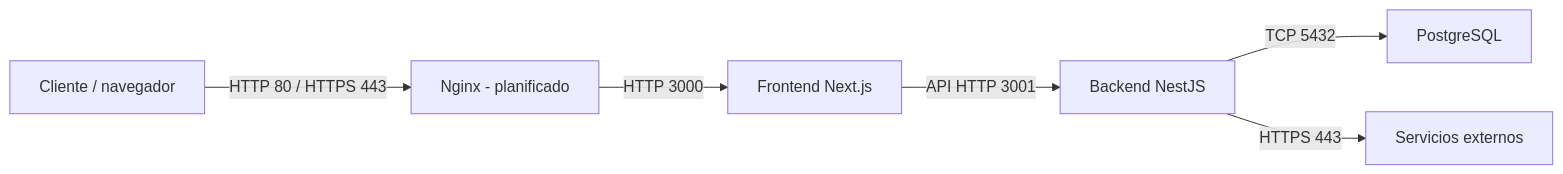
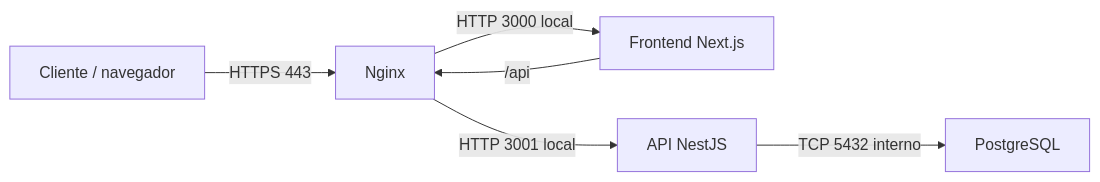
One commit to marilenebntz/jeroky-arqweb-tp changed the diagram in README.md. Above: the diagram before and after it, drawn with Mermaid. The commit also changed other lines of this file and 24 other files, not shown here.

````diff
--- a/README.md
+++ b/README.md
@@ -20,8 +23,8 @@
 ```mermaid
 flowchart LR
-    C["Cliente / navegador"] -->|HTTP 80 / HTTPS 443| P["Nginx - planificado"]
-    P -->|HTTP 3000| F["Frontend Next.js"]
-    F -->|API HTTP 3001| B["Backend NestJS"]
-    B -->|TCP 5432| D["PostgreSQL"]
-    B -->|HTTPS 443| E["Servicios externos"]
+    C["Cliente / navegador"] -->|HTTPS 443| P["Nginx"]
+    P -->|HTTP 3000 local| F["Frontend Next.js"]
+    F -->|/api| P
+    P -->|HTTP 3001 local| B["API NestJS"]
+    B -->|TCP 5432 interno| D["PostgreSQL"]
 ```
````
